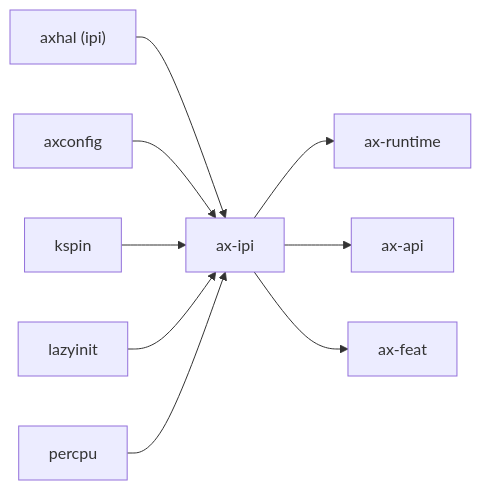
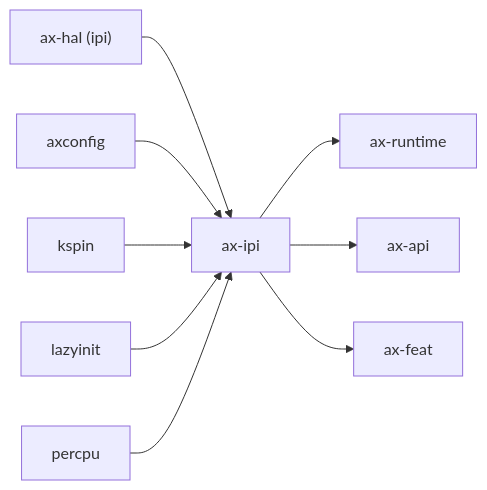
One commit to yfblock/tgoskits changed the second of 2 diagrams in docs/crates/ax-ipi.md. Above: the diagram before and after it, drawn with Mermaid. The commit also changed other lines of this file and 158 other files, not shown here.

Commit message:
rename axhal to ax-hal

````diff
--- a/docs/crates/ax-ipi.md
+++ b/docs/crates/ax-ipi.md
@@ -77,12 +77,12 @@
 ```mermaid
 graph LR
-    axhal["axhal (ipi)"] --> ax-ipi["ax-ipi"]
+    ax-hal["ax-hal (ipi)"] --> ax-ipi["ax-ipi"]
     axconfig["axconfig"] --> ax-ipi
     kspin["kspin"] --> ax-ipi
     lazyinit["lazyinit"] --> ax-ipi
     percpu["percpu"] --> ax-ipi
 
     ax-ipi --> ax-runtime["ax-runtime"]
     ax-ipi --> ax-api["ax-api"]
     ax-ipi --> ax-feat["ax-feat"]
 ```
````
